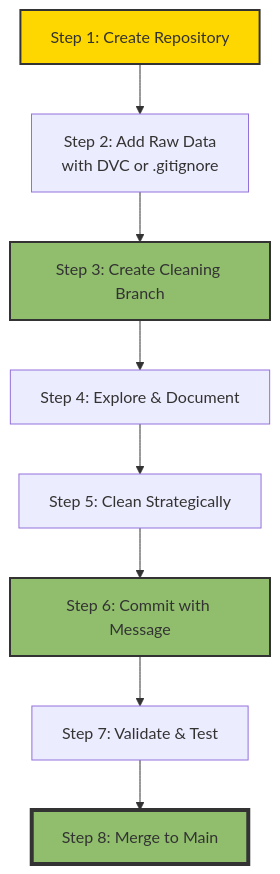
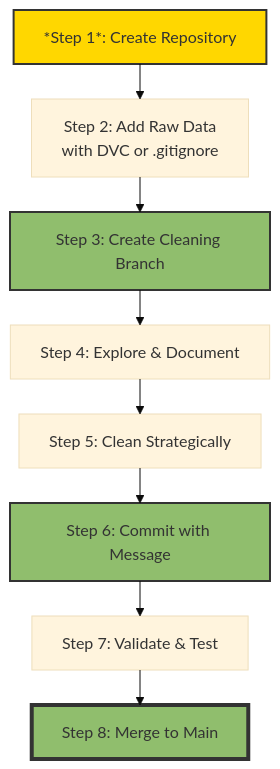
The fourth of 4 diagrams in The 2026 AI Metromap/The 2026 AI Metromap: Foundations Station – Why Data Cleaning and Git Are Your Board Games, Not Just Chores.md (Vineet-Sharma-Medium-Stories/Medium-Build-Tool), drawn with Mermaid before and after one commit. The commit also changed other lines of this file and 37 other files, not shown here.

````diff
--- a/The 2026 AI Metromap/The 2026 AI Metromap: Foundations Station – Why Data Cleaning and Git Are Your Board Games, Not Just Chores.md
+++ b/The 2026 AI Metromap/The 2026 AI Metromap: Foundations Station – Why Data Cleaning and Git Are Your Board Games, Not Just Chores.md
@@ -310,15 +325,20 @@
 ```mermaid
+---
+config:
+  theme: base
+  layout: elk
+---
 graph TD
-    A[Step 1: Create Repository] --> B[Step 2: Add Raw Data<br/>with DVC or .gitignore]
+    A[*Step 1*: Create Repository] --> B[Step 2: Add Raw Data<br/>with DVC or .gitignore]
     B --> C[Step 3: Create Cleaning Branch]
     C --> D[Step 4: Explore & Document]
     D --> E[Step 5: Clean Strategically]
     E --> F[Step 6: Commit with Message]
     F --> G[Step 7: Validate & Test]
     G --> H[Step 8: Merge to Main]
     
     style A fill:#ffd700,stroke:#333,stroke-width:2px
     style C fill:#90be6d,stroke:#333,stroke-width:2px
     style F fill:#90be6d,stroke:#333,stroke-width:2px
     style H fill:#90be6d,stroke:#333,stroke-width:4px
 ```
````
